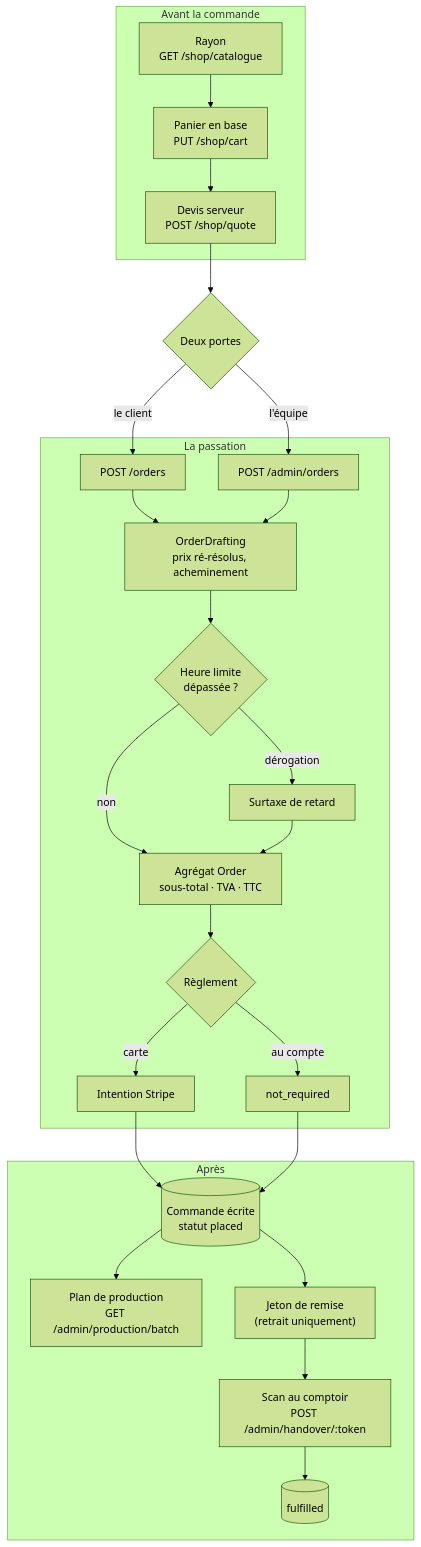
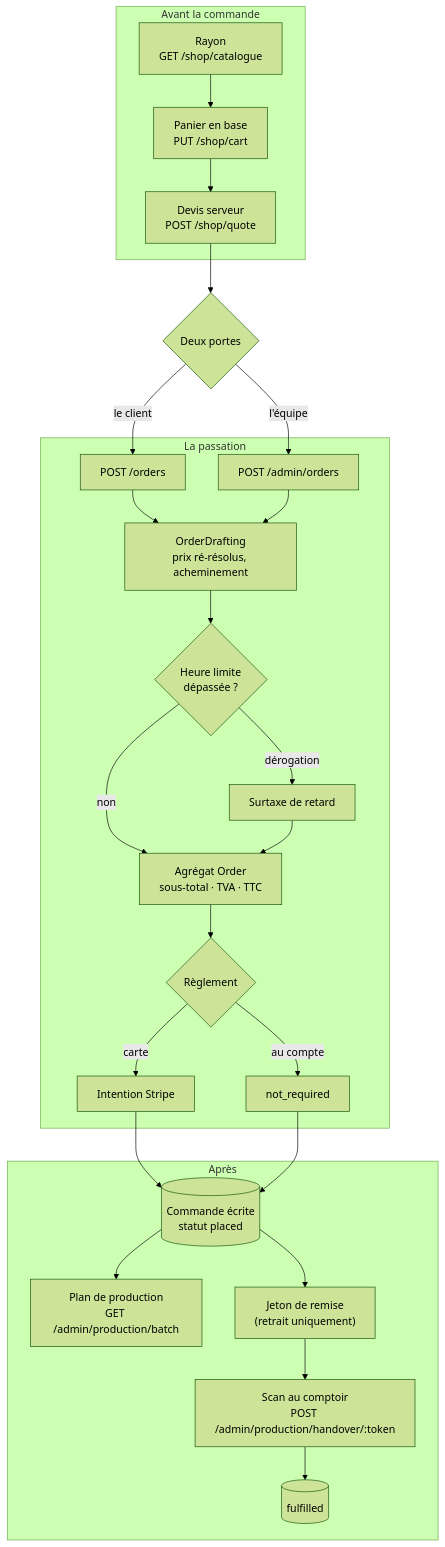
The diagram in documentation/order/README.md (hugoheynard/lfd), drawn with Mermaid (forest theme) before and after one commit. The commit also changed 52 other files, not shown here.

````diff
--- a/documentation/order/README.md
+++ b/documentation/order/README.md
@@ -17,33 +17,33 @@
 ```mermaid
 flowchart TD
   subgraph Avant["Avant la commande"]
     Rayon["Rayon<br/>GET /shop/catalogue"] --> Panier["Panier en base<br/>PUT /shop/cart"]
     Panier --> Devis["Devis serveur<br/>POST /shop/quote"]
   end
 
   Devis --> Portes{"Deux portes"}
   Portes -->|le client| Client["POST /orders"]
   Portes -->|l'équipe| Staff["POST /admin/orders"]
 
   subgraph Passation["La passation"]
     Client --> Compose["OrderDrafting<br/>prix ré-résolus, acheminement"]
     Staff --> Compose
     Compose --> Limite{"Heure limite<br/>dépassée ?"}
     Limite -->|dérogation| Surtaxe["Surtaxe de retard"]
     Limite -->|non| Agregat
     Surtaxe --> Agregat["Agrégat Order<br/>sous-total · TVA · TTC"]
     Agregat --> Reglement{"Règlement"}
     Reglement -->|carte| Intent["Intention Stripe"]
     Reglement -->|au compte| Differe["not_required"]
   end
 
   Intent --> Ecrite[("Commande écrite<br/>statut placed")]
   Differe --> Ecrite
 
   subgraph Apres["Après"]
     Ecrite --> Prod["Plan de production<br/>GET /admin/production/batch"]
     Ecrite --> QR["Jeton de remise<br/>(retrait uniquement)"]
-    QR --> Scan["Scan au comptoir<br/>POST /admin/handover/:token"]
+    QR --> Scan["Scan au comptoir<br/>POST /admin/production/handover/:token"]
     Scan --> Fulfilled[("fulfilled")]
   end
 ```
````
